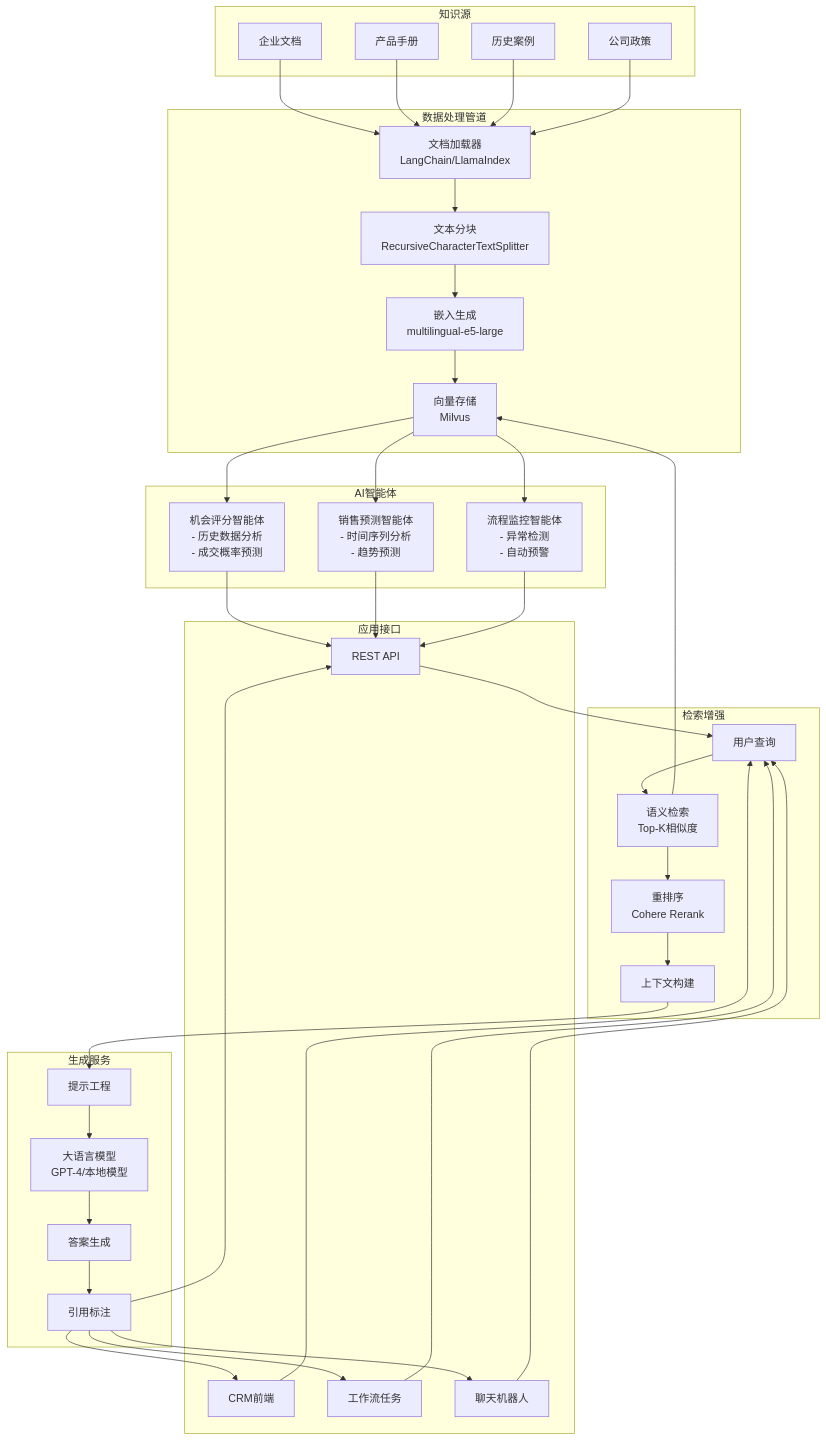
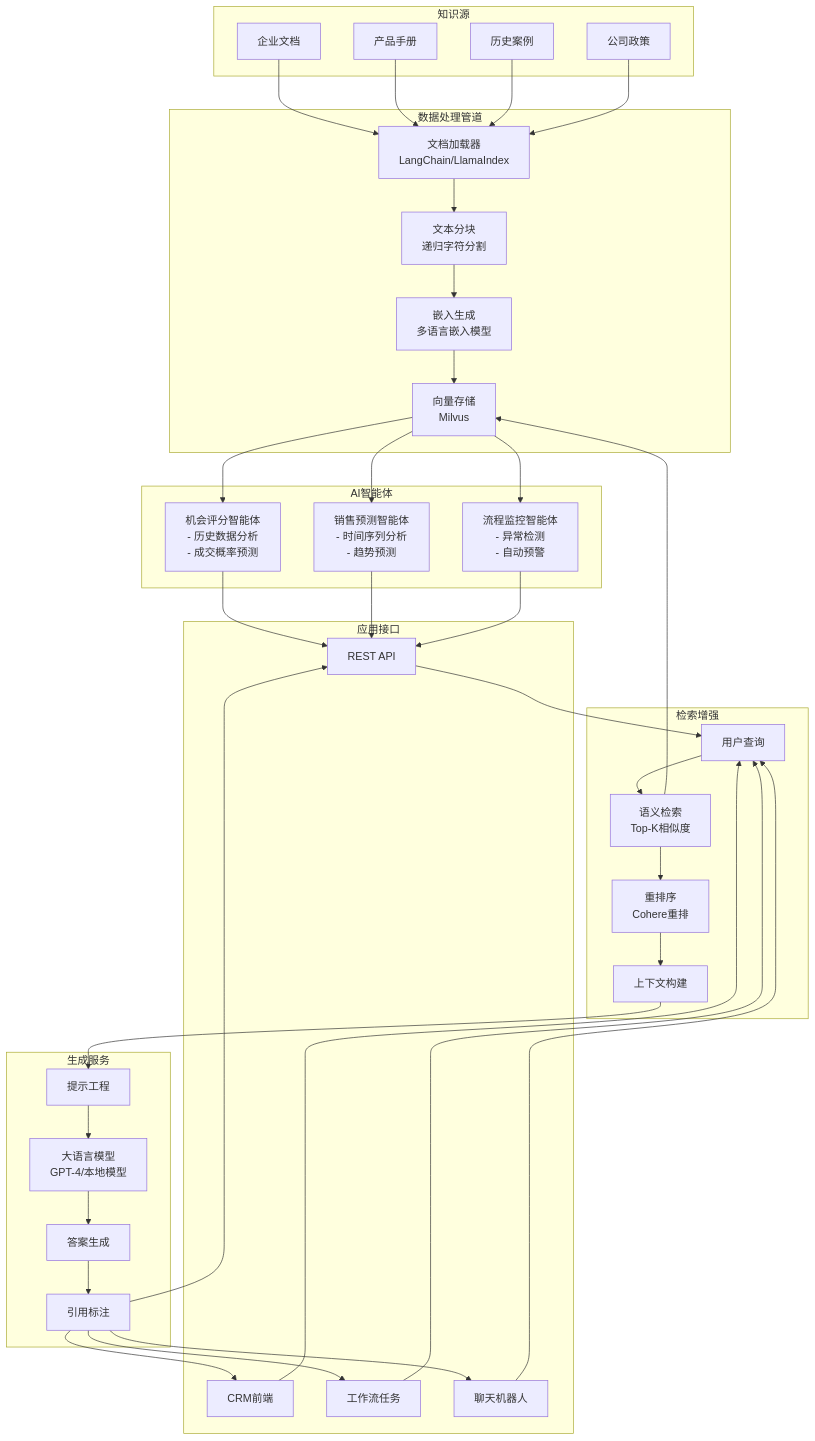
The diagram in diagrams/rag-architecture.mmd (zavierd/ZHCRM), drawn with Mermaid before and after one commit. The commit also changed 5 other files, not shown here.

First line of the commit message:
feat: 全面中文化所有架构图表

```diff
--- a/diagrams/rag-architecture.mmd
+++ b/diagrams/rag-architecture.mmd
@@ -1,81 +1,81 @@
 graph TB
     subgraph "知识源"
         DOC[企业文档]
         MANUAL[产品手册]
         CASE[历史案例]
         POLICY[公司政策]
     end
-    
+
     subgraph "数据处理管道"
         LOAD[文档加载器<br/>LangChain/LlamaIndex]
-        SPLIT[文本分块<br/>RecursiveCharacterTextSplitter]
-        EMBED[嵌入生成<br/>multilingual-e5-large]
+        SPLIT[文本分块<br/>递归字符分割]
+        EMBED[嵌入生成<br/>多语言嵌入模型]
         STORE[向量存储<br/>Milvus]
     end
-    
+
     subgraph "检索增强"
         QUERY[用户查询]
         RETRIEVE[语义检索<br/>Top-K相似度]
-        RERANK[重排序<br/>Cohere Rerank]
+        RERANK[重排序<br/>Cohere重排]
         CONTEXT[上下文构建]
     end
-    
+
     subgraph "生成服务"
         LLM[大语言模型<br/>GPT-4/本地模型]
         PROMPT[提示工程]
         ANSWER[答案生成]
         CITE[引用标注]
     end
-    
+
     subgraph "AI智能体"
         SCORE_AGENT[机会评分智能体<br/>- 历史数据分析<br/>- 成交概率预测]
         FORECAST_AGENT[销售预测智能体<br/>- 时间序列分析<br/>- 趋势预测]
         MONITOR_AGENT[流程监控智能体<br/>- 异常检测<br/>- 自动预警]
     end
-    
+
     subgraph "应用接口"
         CRM_UI[CRM前端]
         WORKFLOW_TASK[工作流任务]
         CHAT_BOT[聊天机器人]
         API[REST API]
     end
     
     %% 数据流
     DOC --> LOAD
     MANUAL --> LOAD
     CASE --> LOAD
     POLICY --> LOAD
     
     LOAD --> SPLIT
     SPLIT --> EMBED
     EMBED --> STORE
     
     QUERY --> RETRIEVE
     RETRIEVE --> STORE
     RETRIEVE --> RERANK
     RERANK --> CONTEXT
     
     CONTEXT --> PROMPT
     PROMPT --> LLM
     LLM --> ANSWER
     ANSWER --> CITE
     
     %% 智能体连接
     STORE --> SCORE_AGENT
     STORE --> FORECAST_AGENT
     STORE --> MONITOR_AGENT
     
     %% 应用接口
     CRM_UI --> QUERY
     WORKFLOW_TASK --> QUERY
     CHAT_BOT --> QUERY
     API --> QUERY
     
     CITE --> CRM_UI
     CITE --> WORKFLOW_TASK
     CITE --> CHAT_BOT
     CITE --> API
     
     SCORE_AGENT --> API
     FORECAST_AGENT --> API
     MONITOR_AGENT --> API
```
